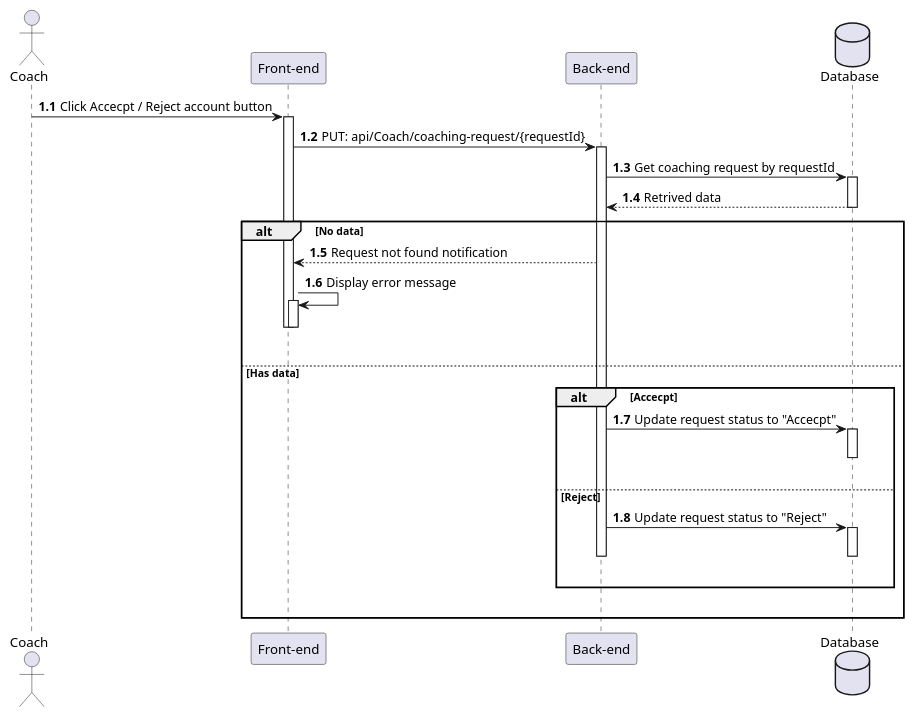
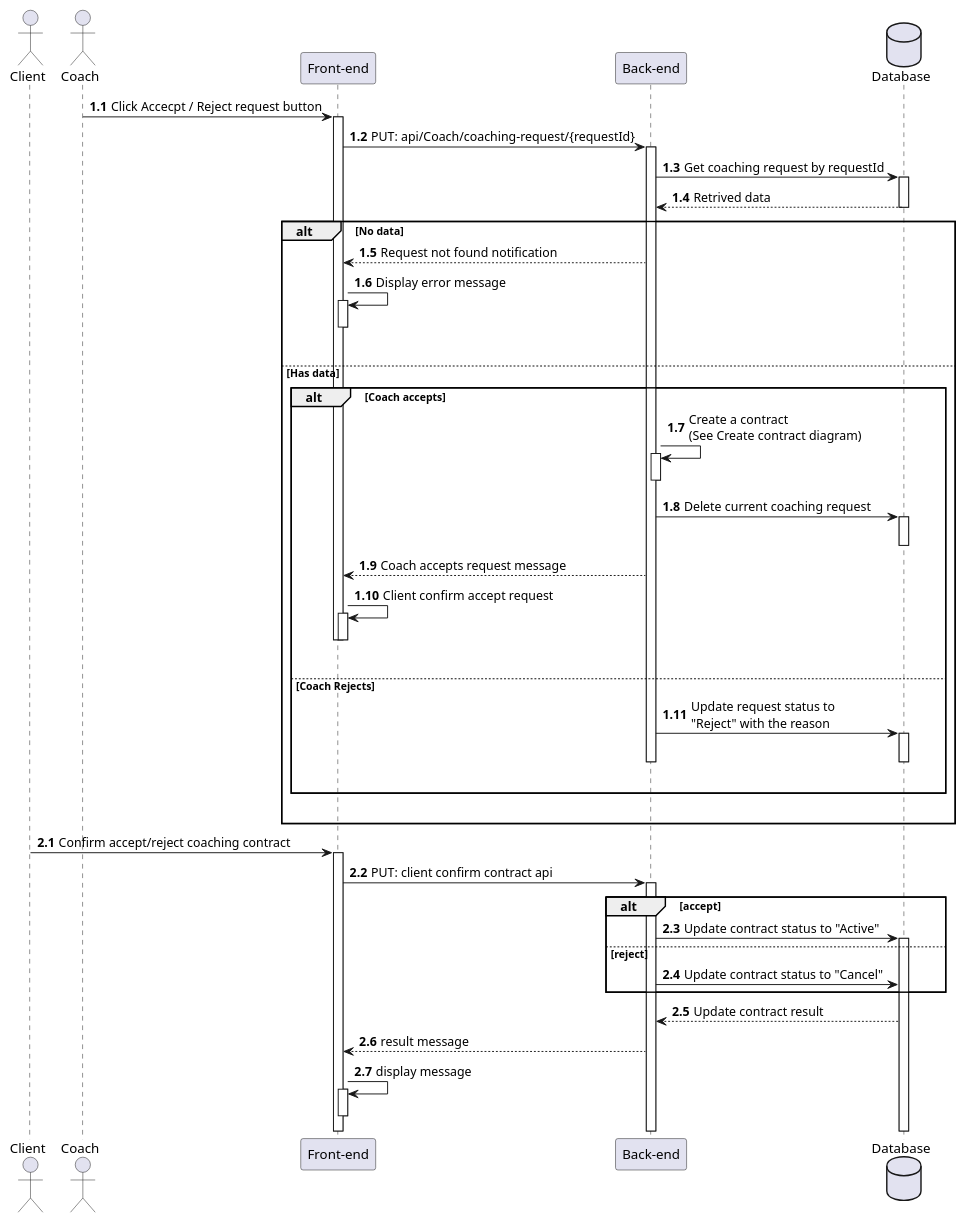
Before and after one commit to HTPhong-276/iCoaching-Diagrams: the diagram in Sequences_diagrams/AcceptRejectCoachingReq.pu, drawn with PlantUML. The commit also changed 10 other files, not shown here.

```diff
--- a/Sequences_diagrams/AcceptRejectCoachingReq.pu
+++ b/Sequences_diagrams/AcceptRejectCoachingReq.pu
@@ -1,37 +1,54 @@
 @startuml AcceptRejectCoachingRequest
-actor Coach as user
+actor Client as user
+actor Coach as coach
 participant "Front-end" as client
 participant "Back-end" as server 
 database "Database" as db
 
 autonumber 1.1 "<b>0:"
 
-
-
-user -> client++ : Click Accecpt / Reject account button
+coach -> client++ : Click Accecpt / Reject request button
 
 client -> server++ : PUT: api/Coach/coaching-request/{requestId}
 server -> db++ : Get coaching request by requestId
 db --> server : Retrived data
 deactivate db
 
 alt No data
     server --> client : Request not found notification
     client -> client++ : Display error message
     deactivate client
-    deactivate client 
     |||
 else Has data
-    alt Accecpt
-        server -> db++ : Update request status to "Accecpt"
+    alt Coach accepts
+        server -> server++ : Create a contract\n(See Create contract diagram)
+        deactivate 
+        server -> db++ : Delete current coaching request 
         deactivate db
+        server --> client : Coach accepts request message
+        client -> client++ : Client confirm accept request
+        deactivate
+        deactivate client
         |||
-    else Reject
-        server -> db++ : Update request status to "Reject"
+    else Coach Rejects
+        server -> db++ : Update request status to \n"Reject" with the reason
         deactivate server
         deactivate db
         |||
     end
     |||
 end 
+
+autonumber inc A
+user -> client++ : Confirm accept/reject coaching contract
+client -> server++ : PUT: client confirm contract api
+alt accept
+    server -> db++ : Update contract status to "Active"
+else reject
+    server -> db : Update contract status to "Cancel"
+end
+db --> server : Update contract result
+server --> client : result message
+client -> client++ : display message
+deactivate  
 @enduml
```
